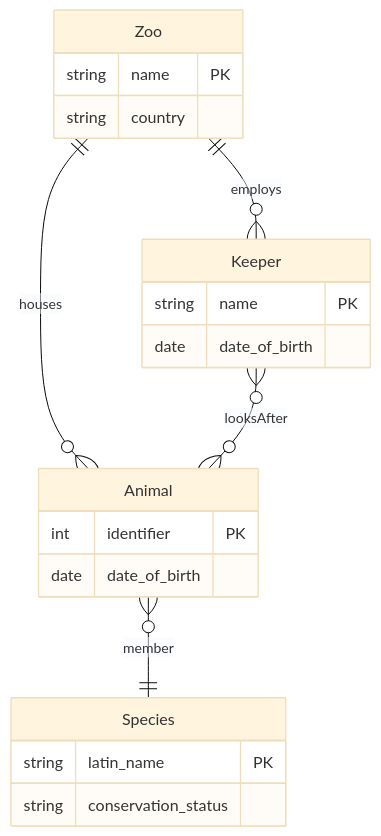
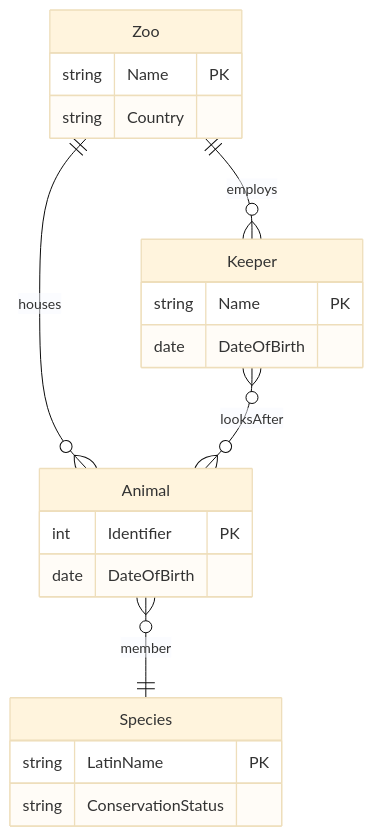
The first of 3 diagrams in past-exam-papers/september-2021/solution-sheet-september-2021.md (sreent/data-management-intro), drawn with Mermaid (base theme) before and after one commit. The commit also changed other lines of this file and 1 other file, not shown here.

````diff
--- a/past-exam-papers/september-2021/solution-sheet-september-2021.md
+++ b/past-exam-papers/september-2021/solution-sheet-september-2021.md
@@ -35,24 +35,24 @@
 ```mermaid
 erDiagram
     Zoo ||--o{ Animal : houses
     Zoo ||--o{ Keeper : employs
     Animal }o--|| Species : member
     Keeper }o--o{ Animal : looksAfter
 
     Zoo {
-        string name PK
-        string country
+        string Name PK
+        string Country
     }
     Keeper {
-        string name PK
-        date date_of_birth
+        string Name PK
+        date DateOfBirth
     }
     Animal {
-        int identifier PK
-        date date_of_birth
+        int Identifier PK
+        date DateOfBirth
     }
     Species {
-        string latin_name PK
-        string conservation_status
+        string LatinName PK
+        string ConservationStatus
     }
 ```
````
